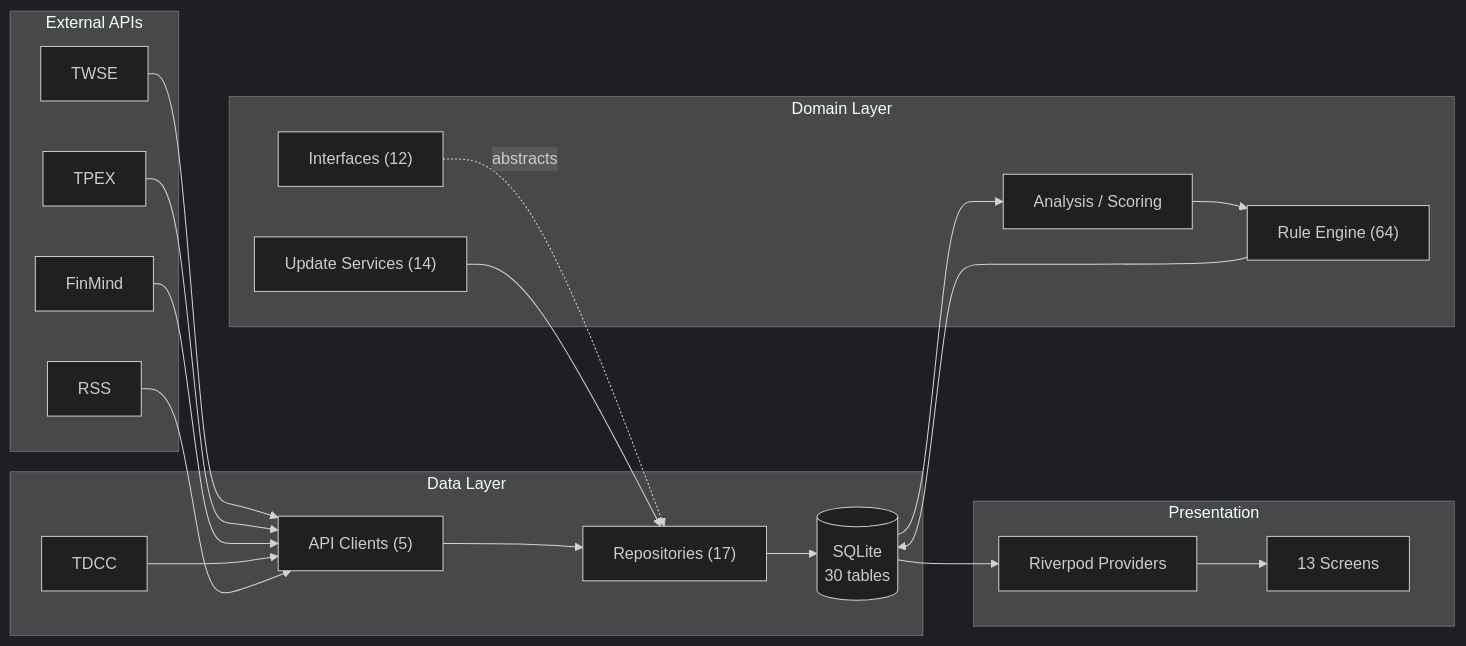
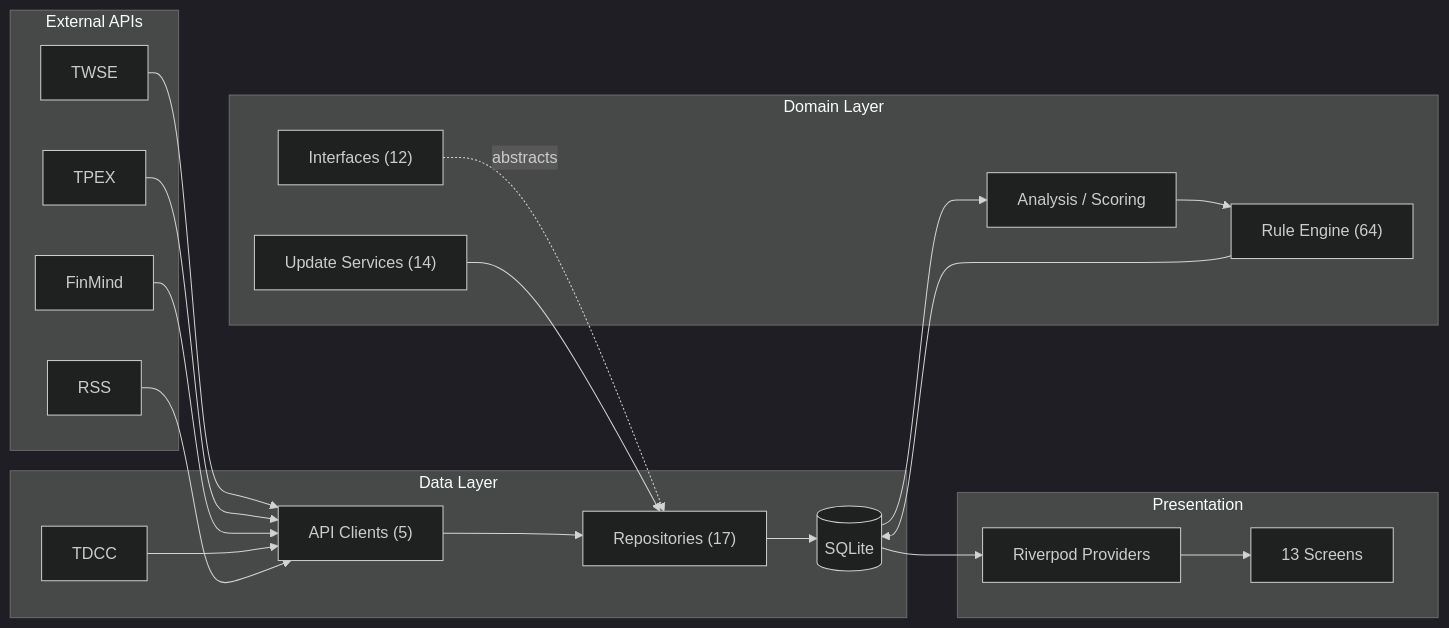
The first of 2 diagrams in README.md (Neal75418/afterclose), drawn with Mermaid before and after one commit. The commit also changed other lines of this file and 7 other files, not shown here.

````diff
--- a/README.md
+++ b/README.md
@@ -89,37 +88,37 @@
 ```mermaid
 %%{init: {'theme': 'dark'}}%%
 flowchart LR
     subgraph External["External APIs"]
         TWSE["TWSE"]
         TPEX["TPEX"]
         FM["FinMind"]
         RSS["RSS"]
     end
 
     subgraph Data["Data Layer"]
         Remote["API Clients (5)"]
         Repo["Repositories (17)"]
         TDCC["TDCC"]
-        DB[("SQLite\n30 tables")]
+        DB[("SQLite")]
     end
 
     subgraph Domain["Domain Layer"]
         IF["Interfaces (12)"]
         Services["Analysis / Scoring"]
         Rules["Rule Engine (64)"]
         Update["Update Services (14)"]
     end
 
     subgraph Presentation["Presentation"]
         Provider["Riverpod Providers"]
         UI["13 Screens"]
     end
 
     TWSE & TPEX & FM & TDCC & RSS --> Remote
     Remote --> Repo --> DB
     IF -.->|abstracts| Repo
     DB --> Services --> Rules
     Rules --> DB
     Update --> Repo
     DB --> Provider --> UI
 ```
````
